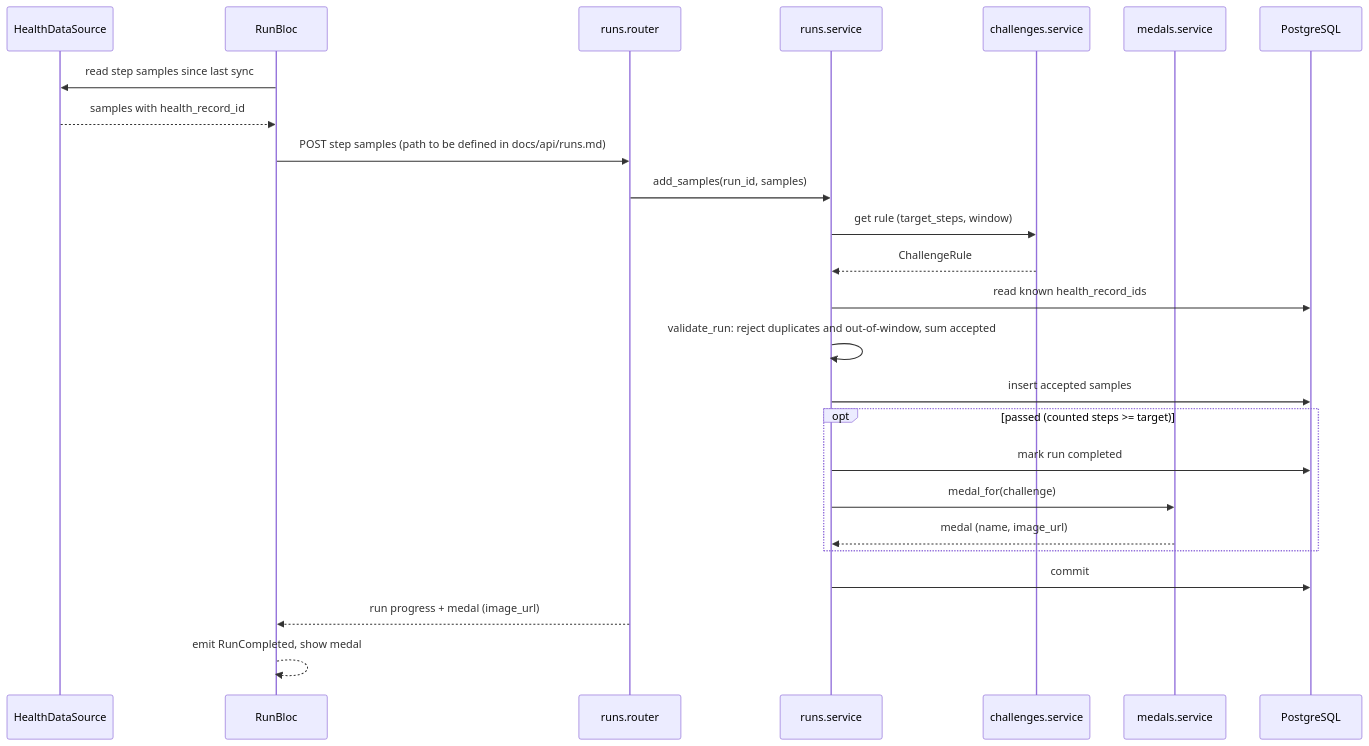
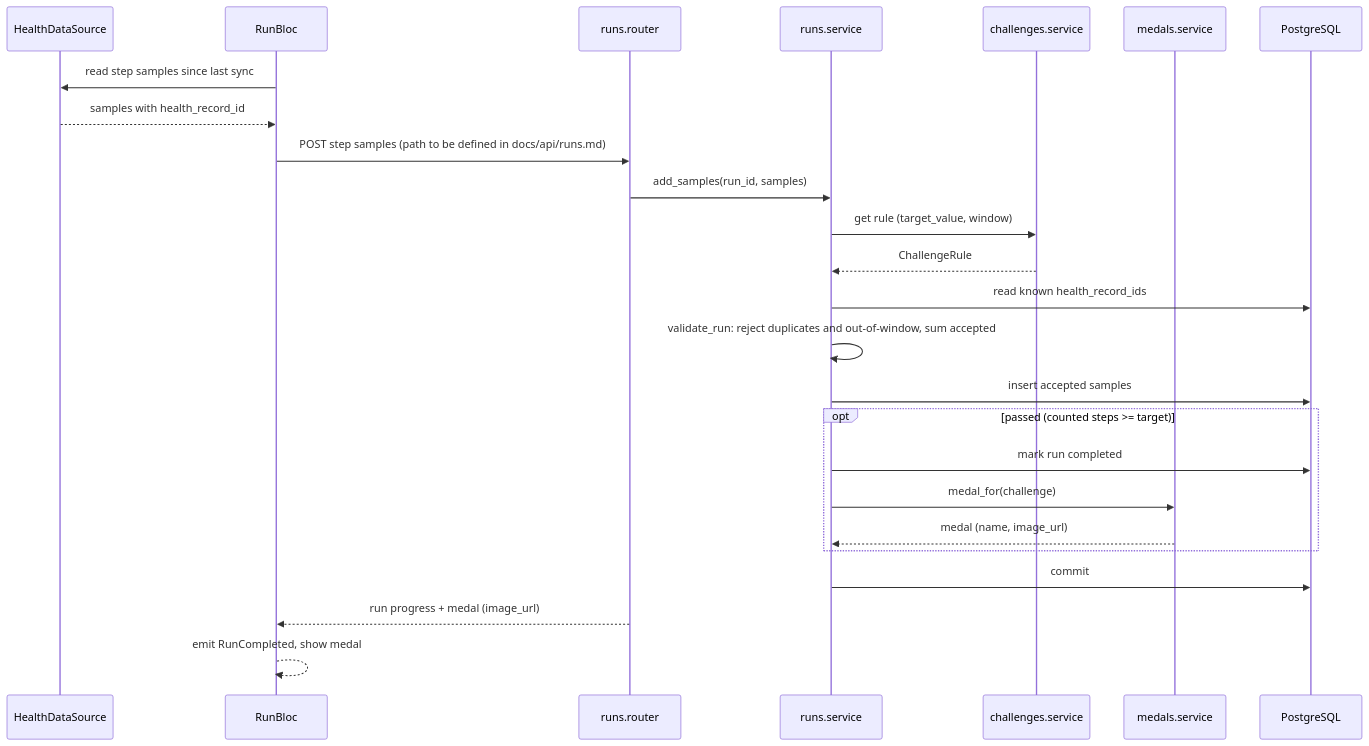
One commit to huynguyennang-agilityio/claude-code-training changed the seventh of 9 diagrams in docs/architecture.md. Above: the diagram before and after it, drawn with Mermaid. The commit also changed other lines of this file and 20 other files, not shown here.

````diff
--- a/docs/architecture.md
+++ b/docs/architecture.md
@@ -259,27 +259,27 @@
 ```mermaid
 sequenceDiagram
     participant HD as HealthDataSource
     participant RB as RunBloc
     participant API as runs.router
     participant RS as runs.service
     participant CS as challenges.service
     participant MS as medals.service
     participant DB as PostgreSQL
     RB->>HD: read step samples since last sync
     HD-->>RB: samples with health_record_id
     RB->>API: POST step samples (path to be defined in docs/api/runs.md)
     API->>RS: add_samples(run_id, samples)
-    RS->>CS: get rule (target_steps, window)
+    RS->>CS: get rule (target_value, window)
     CS-->>RS: ChallengeRule
     RS->>DB: read known health_record_ids
     RS->>RS: validate_run: reject duplicates and out-of-window, sum accepted
     RS->>DB: insert accepted samples
     opt passed (counted steps >= target)
         RS->>DB: mark run completed
         RS->>MS: medal_for(challenge)
         MS-->>RS: medal (name, image_url)
     end
     RS->>DB: commit
     API-->>RB: run progress + medal (image_url)
     RB-->>RB: emit RunCompleted, show medal
 ```
````
